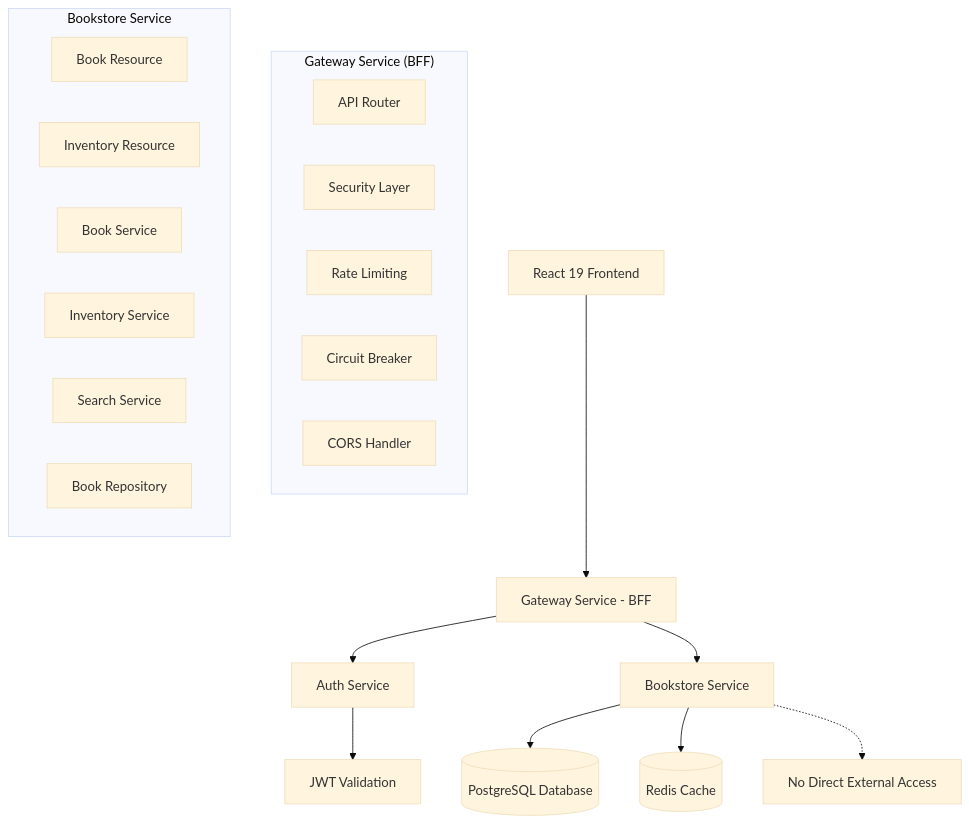
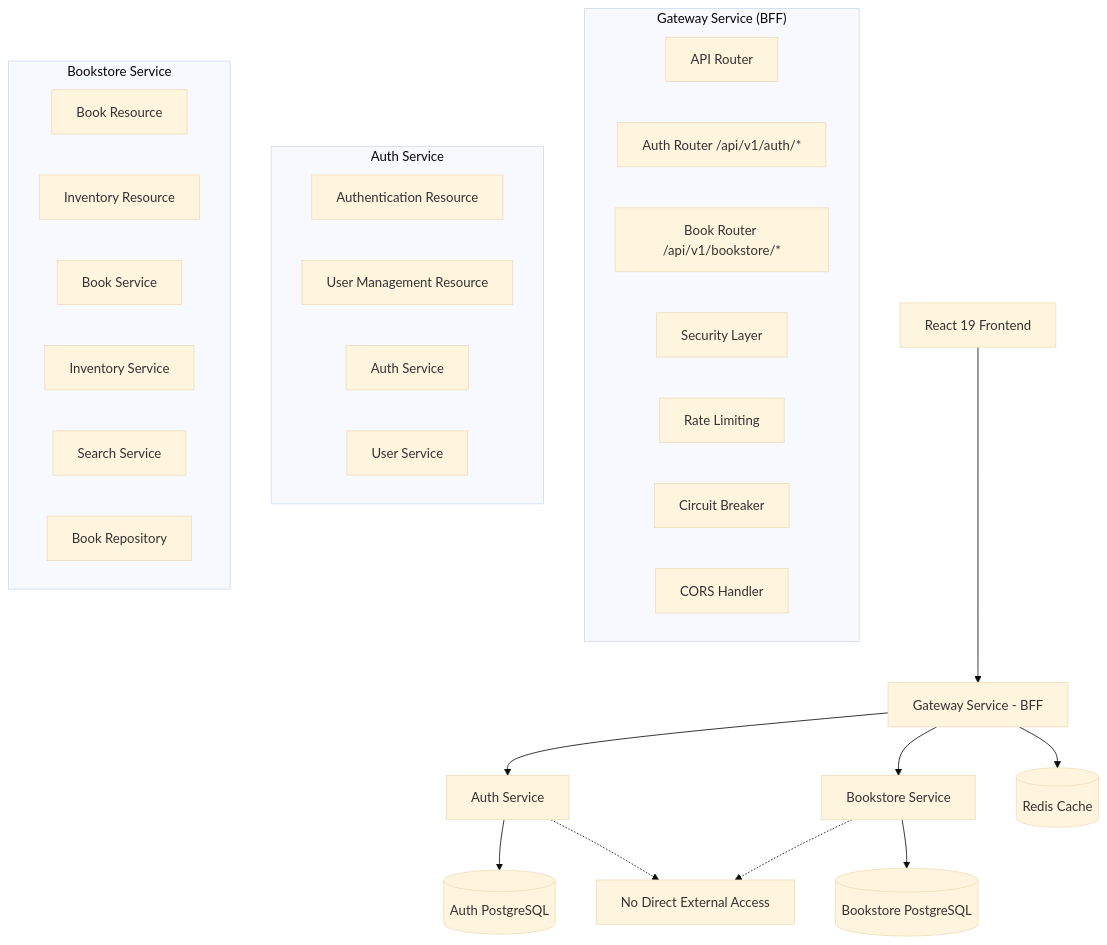
The diagram in .kiro/specs/bookstore-service/design.md (IQKV/microservices-platform), drawn with Mermaid (base theme) before and after one commit. The commit also changed other lines of this file and 2 other files, not shown here.

First line of the commit message:
refactor: unify all microservice access through Gateway Service BFF

````diff
--- a/.kiro/specs/bookstore-service/design.md
+++ b/.kiro/specs/bookstore-service/design.md
@@ -21,29 +21,39 @@
 ```mermaid
 graph TB
     React[React 19 Frontend] --> Gateway[Gateway Service - BFF]
     Gateway --> Auth[Auth Service]
     Gateway --> Bookstore[Bookstore Service]
-    Auth --> JWT[JWT Validation]
-    Bookstore --> DB[(PostgreSQL Database)]
-    Bookstore --> Redis[(Redis Cache)]
+    Auth --> AuthDB[(Auth PostgreSQL)]
+    Bookstore --> BookDB[(Bookstore PostgreSQL)]
+    Gateway --> Redis[(Redis Cache)]
     
     subgraph "Gateway Service (BFF)"
         Router[API Router]
+        AuthRouter[Auth Router /api/v1/auth/*]
+        BookRouter[Book Router /api/v1/bookstore/*]
         Security[Security Layer]
         RateLimit[Rate Limiting]
         CircuitBreaker[Circuit Breaker]
         CORS[CORS Handler]
+    end
+    
+    subgraph "Auth Service"
+        AuthResource[Authentication Resource]
+        UserResource[User Management Resource]
+        AuthService[Auth Service]
+        UserService[User Service]
     end
     
     subgraph "Bookstore Service"
         BookResource[Book Resource]
         InventoryResource[Inventory Resource]
         BookService[Book Service]
         InventoryService[Inventory Service]
         SearchService[Search Service]
         BookRepository[Book Repository]
     end
     
     Note1[No Direct External Access]
+    Auth -.-> Note1
     Bookstore -.-> Note1
 ```
````
